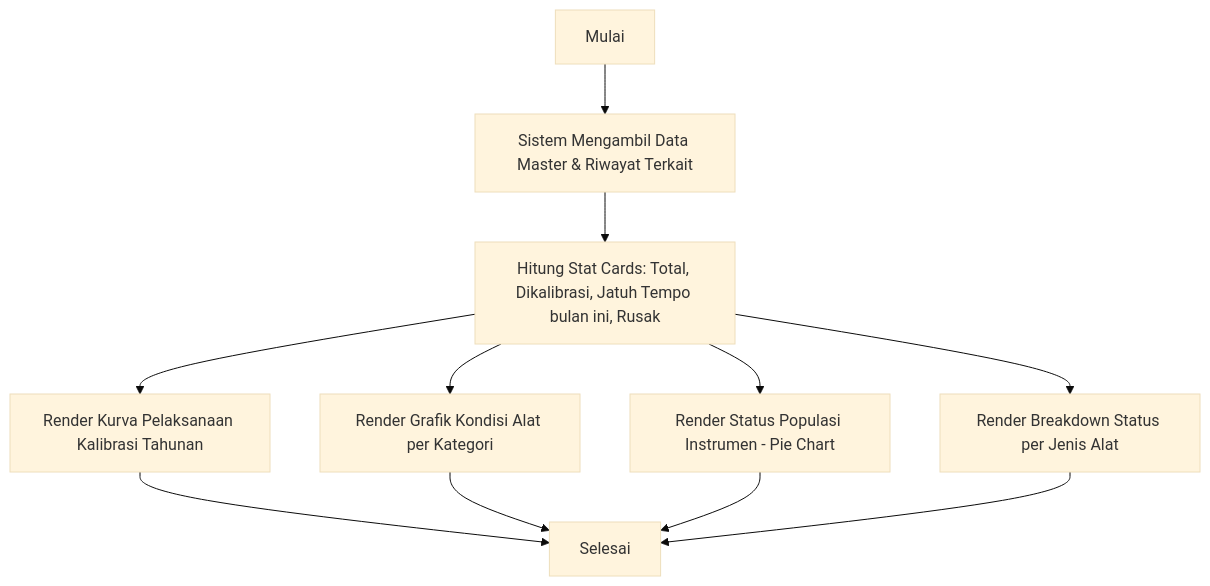
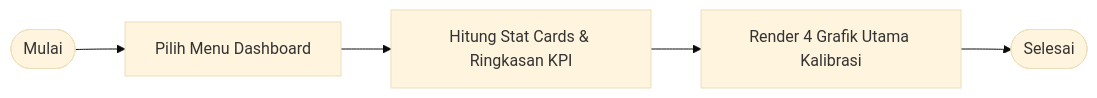
One commit to ebenlimbong/pmn-kalibrasi changed the third of 11 diagrams in bpm_blueprint_teknis.md. Above: the diagram before and after it, drawn with Mermaid (base theme). The commit also changed other lines of this file and 1 other file, not shown here.

````diff
--- a/bpm_blueprint_teknis.md
+++ b/bpm_blueprint_teknis.md
@@ -103,10 +100,7 @@
 ```mermaid
-flowchart TD
-    A[Mulai] --> B[Sistem Mengambil Data Master & Riwayat Terkait]
-    B --> C[Hitung Stat Cards: Total, Dikalibrasi, Jatuh Tempo bulan ini, Rusak]
-    C --> D[Render Kurva Pelaksanaan Kalibrasi Tahunan]
-    C --> E[Render Grafik Kondisi Alat per Kategori]
-    C --> F[Render Status Populasi Instrumen - Pie Chart]
-    C --> G[Render Breakdown Status per Jenis Alat]
-    D & E & F & G --> H[Selesai]
+flowchart LR
+    A([Mulai]) --> B[Pilih Menu Dashboard]
+    B --> C[Hitung Stat Cards & Ringkasan KPI]
+    C --> D[Render 4 Grafik Utama Kalibrasi]
+    D --> E([Selesai])
 ```
````
